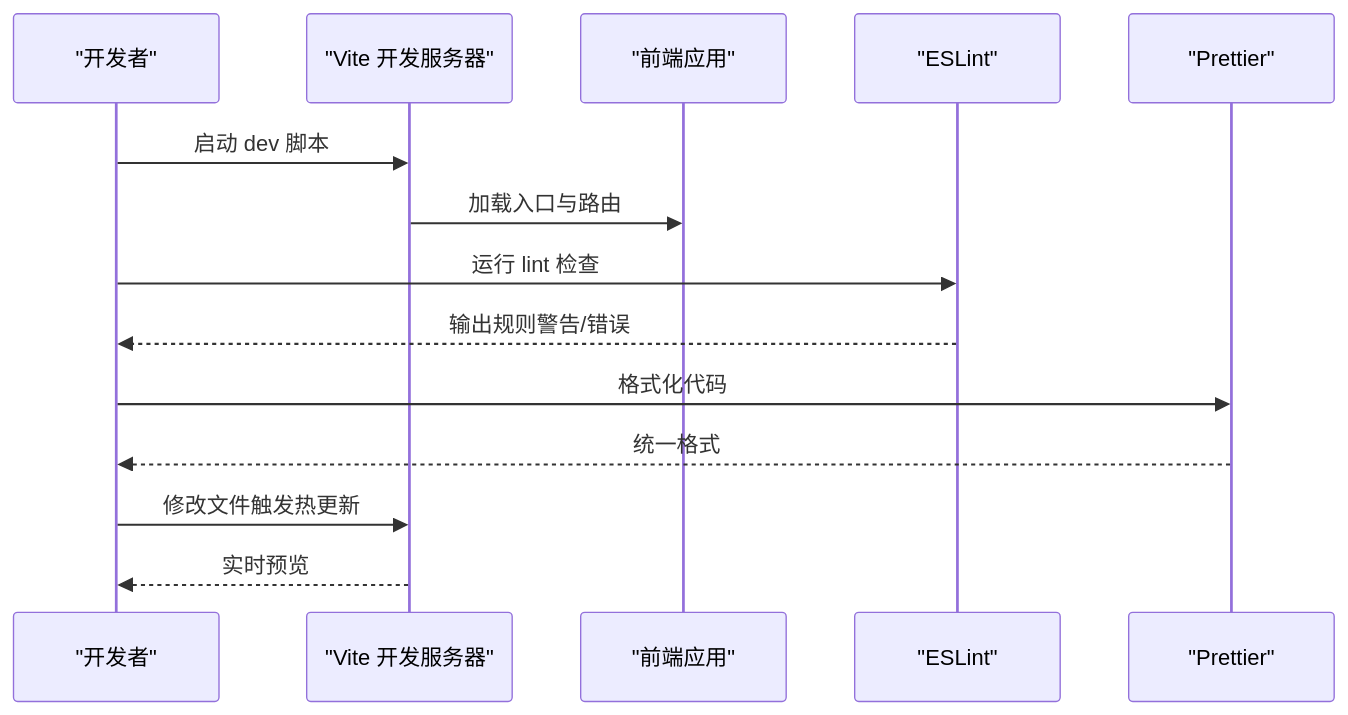
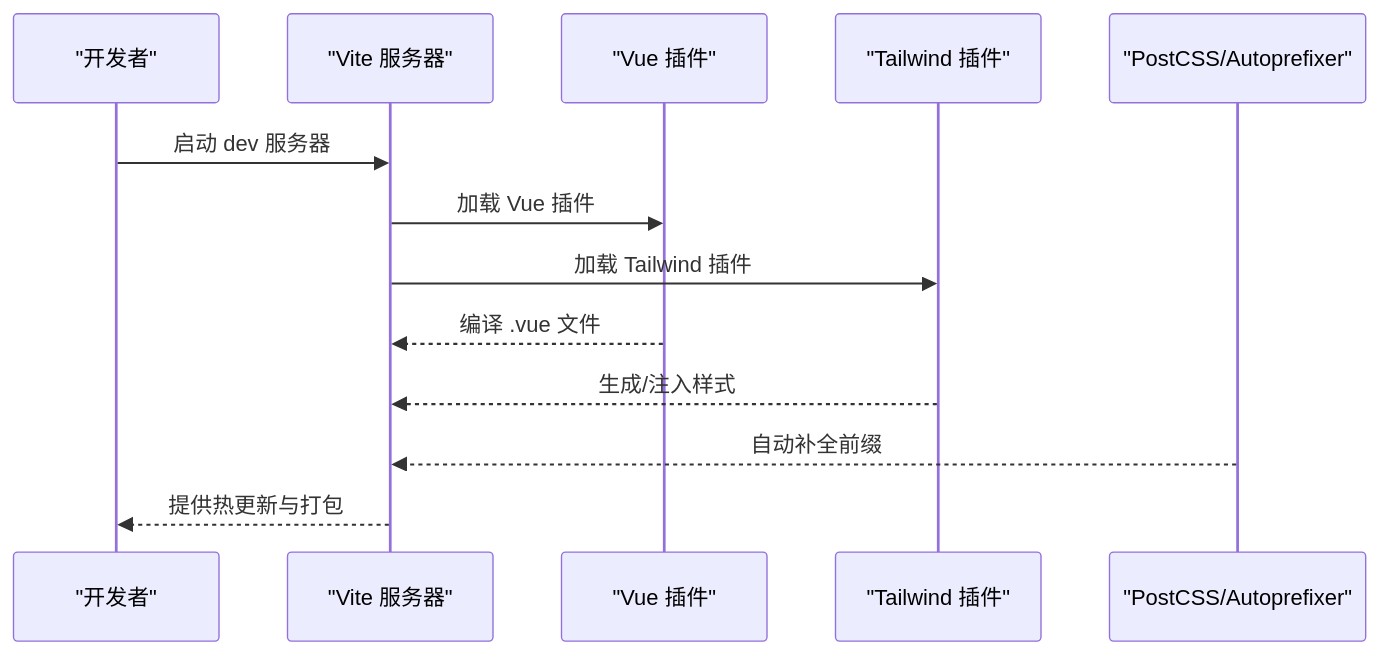
One commit to daoApps/daoApps changed the fourth of 7 diagrams in .qoder/repowiki/zh/content/开发者指南/开发者指南.md. Above: the diagram before and after it, drawn with Mermaid. The commit also changed other lines of this file and 205 other files, not shown here.

````diff
--- a/.qoder/repowiki/zh/content/开发者指南/开发者指南.md
+++ b/.qoder/repowiki/zh/content/开发者指南/开发者指南.md
@@ -222,16 +198,15 @@
 ```mermaid
 sequenceDiagram
 participant Dev as "开发者"
-participant Vite as "Vite 开发服务器"
-participant App as "前端应用"
-participant ESLint as "ESLint"
-participant Prettier as "Prettier"
-Dev->>Vite : 启动 dev 脚本
-Vite->>App : 加载入口与路由
-Dev->>ESLint : 运行 lint 检查
-ESLint-->>Dev : 输出规则警告/错误
-Dev->>Prettier : 格式化代码
-Prettier-->>Dev : 统一格式
-Dev->>Vite : 修改文件触发热更新
-Vite-->>Dev : 实时预览
+participant Vite as "Vite 服务器"
+participant Vue as "Vue 插件"
+participant TW as "Tailwind 插件"
+participant Post as "PostCSS/Autoprefixer"
+Dev->>Vite : 启动 dev 服务器
+Vite->>Vue : 加载 Vue 插件
+Vite->>TW : 加载 Tailwind 插件
+Vue-->>Vite : 编译 .vue 文件
+TW-->>Vite : 生成/注入样式
+Post-->>Vite : 自动补全前缀
+Vite-->>Dev : 提供热更新与打包
 ```
````
